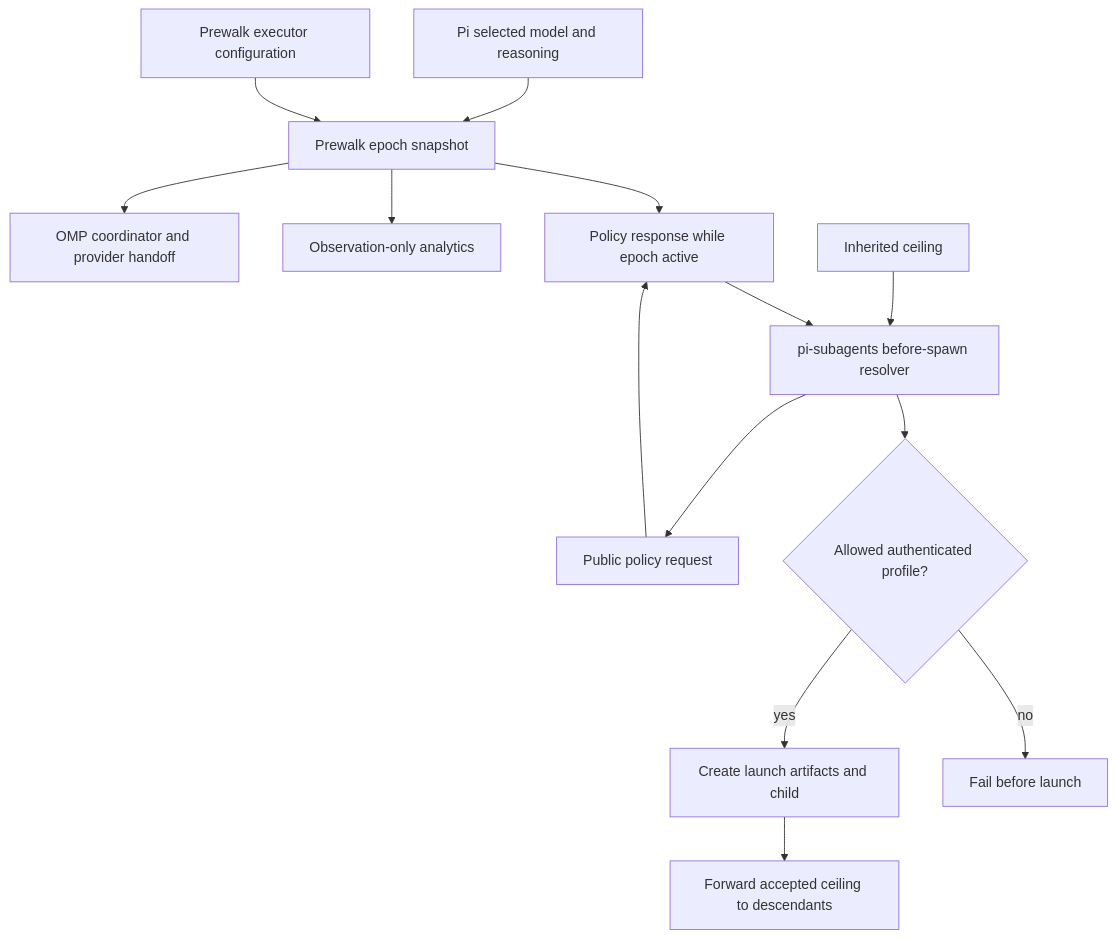
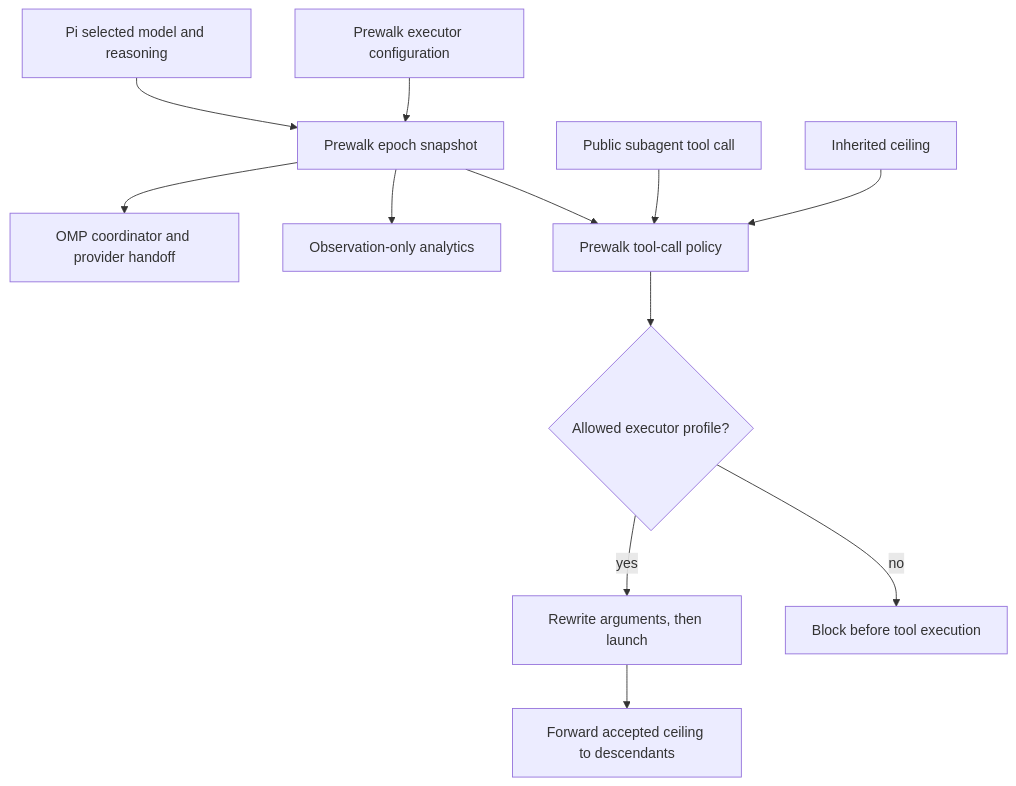
Before and after one commit to javonmcgilberry/pi-prewalk: the first of 3 diagrams in docs/plans/2026-07-30-004-fix-prewalk-policy-analytics-reconciliation-plan.md, drawn with Mermaid. The commit also changed other lines of this file and 15 other files, not shown here.

Commit message:
feat: complete Prewalk policy and analytics

````diff
--- a/docs/plans/2026-07-30-004-fix-prewalk-policy-analytics-reconciliation-plan.md
+++ b/docs/plans/2026-07-30-004-fix-prewalk-policy-analytics-reconciliation-plan.md
@@ -190,16 +198,14 @@
 ```mermaid
 flowchart TB
   P["Pi selected model and reasoning"] --> E["Prewalk epoch snapshot"]
   C["Prewalk executor configuration"] --> E
   E --> H["OMP coordinator and provider handoff"]
   E --> A["Observation-only analytics"]
-  E --> R["Policy response while epoch active"]
-  S["pi-subagents before-spawn resolver"] --> Q["Public policy request"]
-  Q --> R
-  I["Inherited ceiling"] --> S
-  R --> S
-  S --> V{"Allowed authenticated profile?"}
-  V -->|yes| L["Create launch artifacts and child"]
-  V -->|no| F["Fail before launch"]
+  E --> R["Prewalk tool-call policy"]
+  T["Public subagent tool call"] --> R
+  I["Inherited ceiling"] --> R
+  R --> V{"Allowed executor profile?"}
+  V -->|yes| L["Rewrite arguments, then launch"]
+  V -->|no| F["Block before tool execution"]
   L --> N["Forward accepted ceiling to descendants"]
 ```
````
